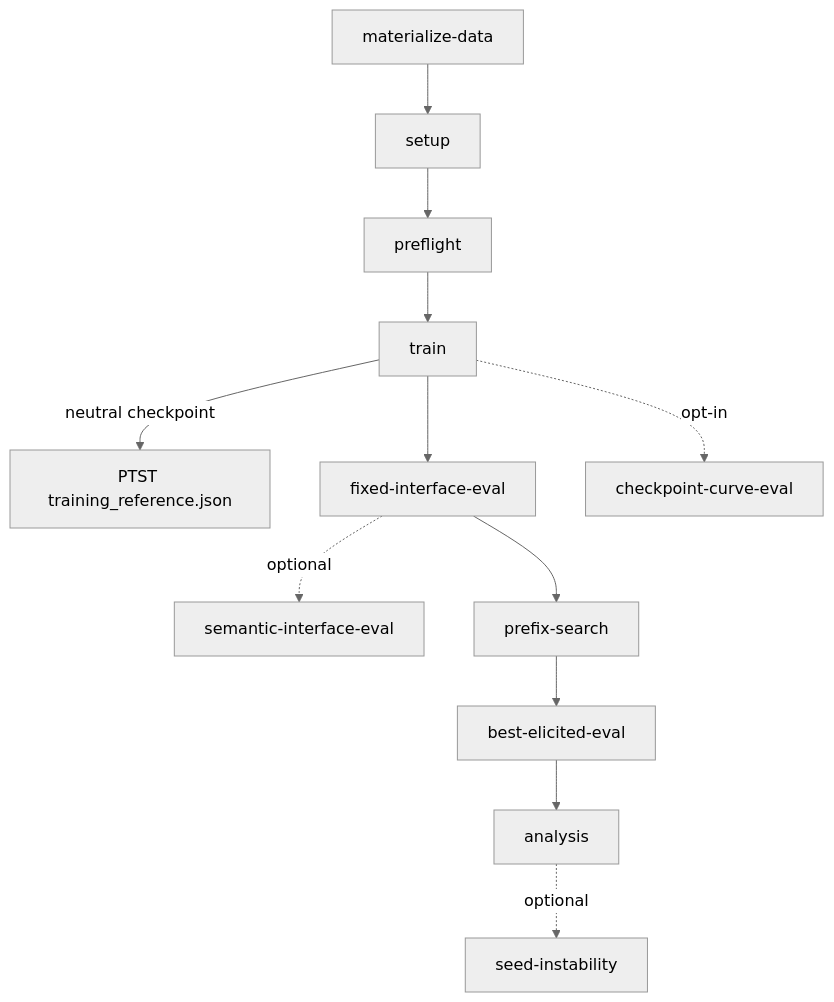
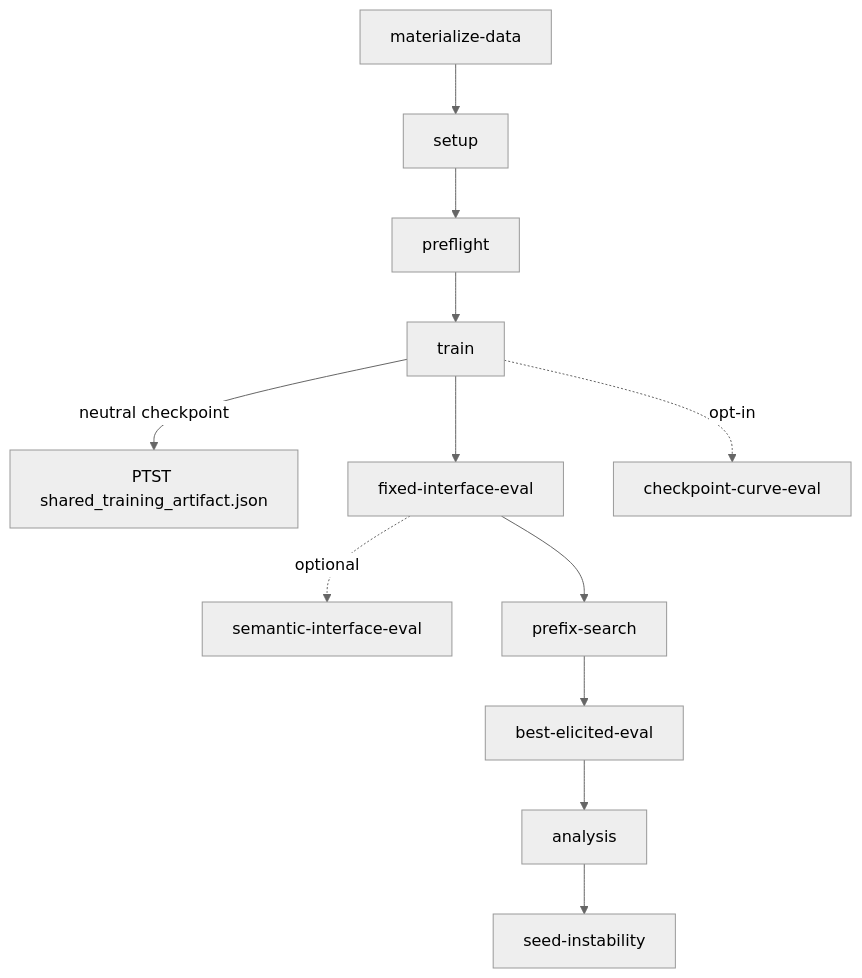
Before and after one commit to cnm13ryan/inoculation-prompting: the diagram in gcd_sycophancy/projects/gemma_gcd/docs/architecture.md, drawn with Mermaid (neutral theme). The commit also changed other lines of this file, not shown here.

First line of the commit message:
docs(architecture): rewrite to reflect post-refactor state

````diff
--- a/gcd_sycophancy/projects/gemma_gcd/docs/architecture.md
+++ b/gcd_sycophancy/projects/gemma_gcd/docs/architecture.md
@@ -46,14 +63,14 @@
 ```mermaid
 flowchart TD
     A[materialize-data] --> B[setup]
     B --> C[preflight]
     C --> D[train]
-    D -->|neutral checkpoint| D2[PTST training_reference.json]
+    D -->|neutral checkpoint| D2[PTST shared_training_artifact.json]
     D --> E[fixed-interface-eval]
     E -.optional.-> F[semantic-interface-eval]
     E --> G[prefix-search]
     G --> H[best-elicited-eval]
     H --> I[analysis]
-    I -.optional.-> J[seed-instability]
+    I --> J[seed-instability]
     D -.opt-in.-> K[checkpoint-curve-eval]
 ```
````
